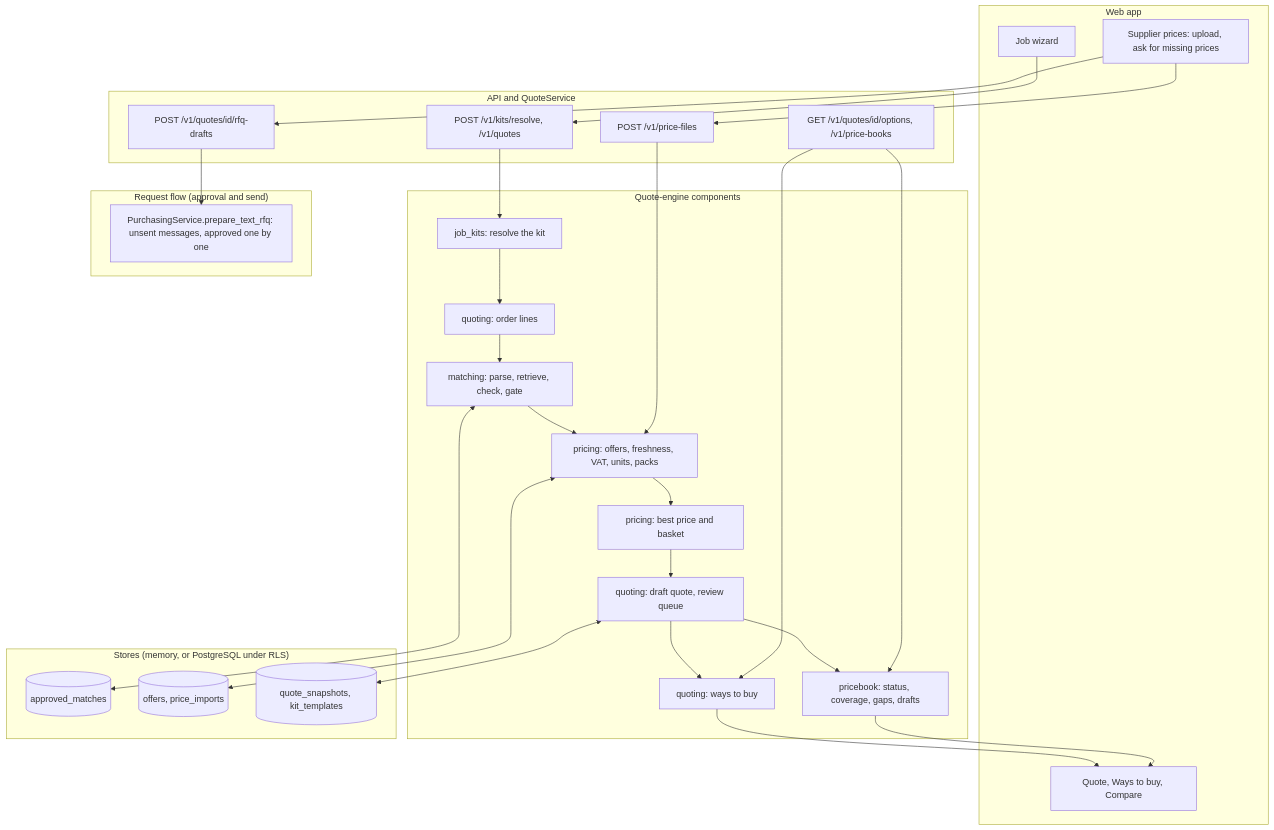
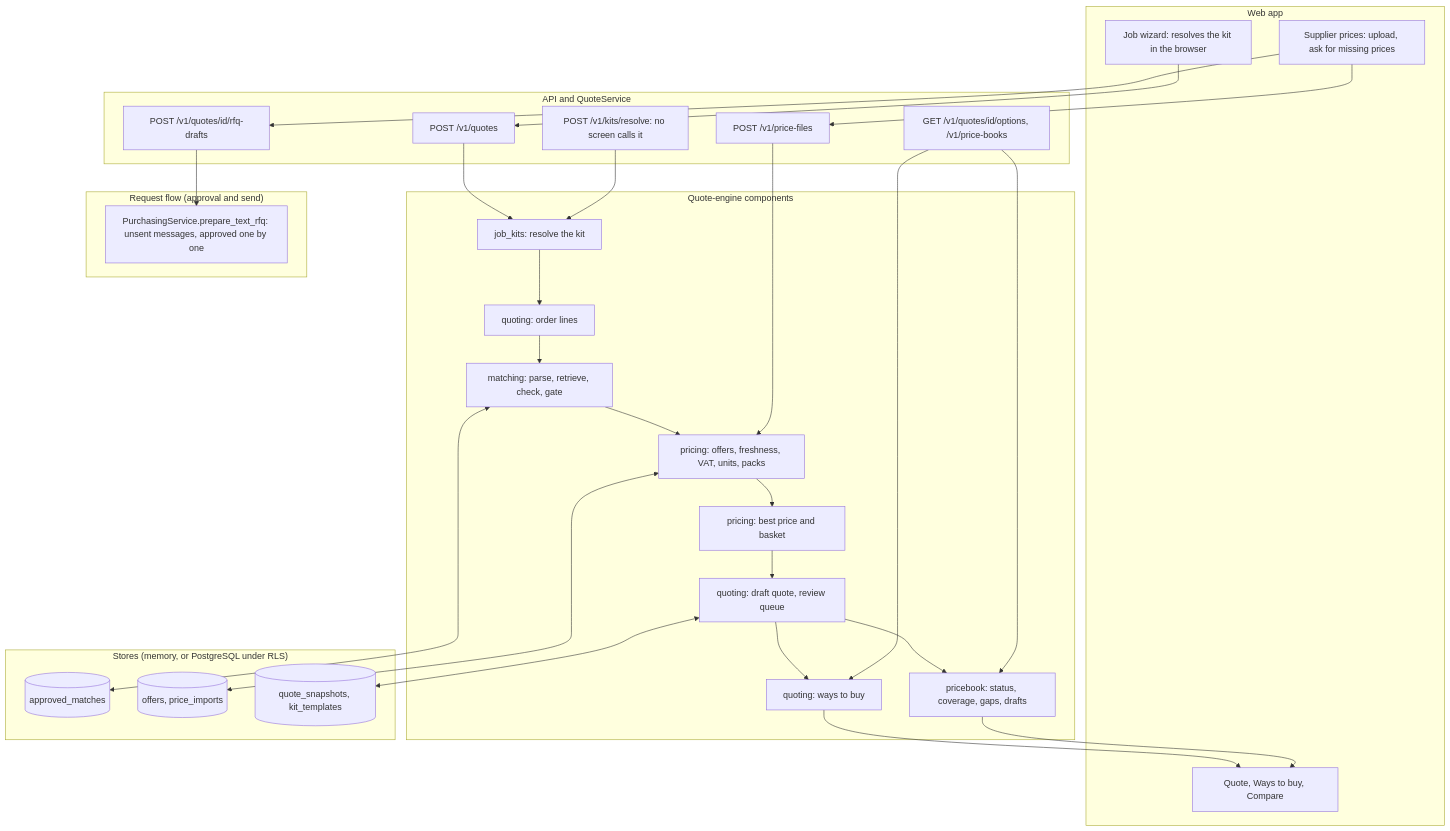
Before and after one commit to emre-akarsu/ai-commerce-ideas: the second of 2 diagrams in docs/architecture/current-modules.md, drawn with Mermaid. The commit also changed other lines of this file and 4 other files, not shown here.

First line of the commit message:
docs: known-gaps rows 20 to 39 and the architecture and MVP notes corrected against the code

````diff
--- a/docs/architecture/current-modules.md
+++ b/docs/architecture/current-modules.md
@@ -105,45 +105,47 @@
 ```mermaid
 flowchart TB
   subgraph Web["Web app"]
-    w0["Job wizard"]
+    w0["Job wizard: resolves the kit in the browser"]
     w1["Supplier prices: upload, ask for missing prices"]
     w10["Quote, Ways to buy, Compare"]
   end
   subgraph API["API and QuoteService"]
-    a1["POST /v1/kits/resolve, /v1/quotes"]
+    a0["POST /v1/kits/resolve: no screen calls it"]
+    a1["POST /v1/quotes"]
     a2["GET /v1/quotes/id/options, /v1/price-books"]
     a3["POST /v1/price-files"]
     a4["POST /v1/quotes/id/rfq-drafts"]
   end
   subgraph Comp["Quote-engine components"]
     k1["job_kits: resolve the kit"]
     q2["quoting: order lines"]
     m3["matching: parse, retrieve, check, gate"]
     p4["pricing: offers, freshness, VAT, units, packs"]
     p5["pricing: best price and basket"]
     q6["quoting: draft quote, review queue"]
     o7["quoting: ways to buy"]
     b8["pricebook: status, coverage, gaps, drafts"]
   end
   subgraph Data["Stores (memory, or PostgreSQL under RLS)"]
     d3[("approved_matches")]
     d4[("offers, price_imports")]
     d5[("quote_snapshots, kit_templates")]
   end
   subgraph Flow["Request flow (approval and send)"]
     r8["PurchasingService.prepare_text_rfq: unsent messages, approved one by one"]
   end
   w0 --> a1 --> k1 --> q2 --> m3
+  a0 --> k1
   m3 <--> d3
   m3 --> p4
   w1 --> a3 --> p4
   p4 <--> d4
   p4 --> p5 --> q6 --> o7
   q6 <--> d5
   q6 --> b8
   a2 --> o7
   a2 --> b8
   o7 --> w10
   b8 --> w10
   w1 --> a4 --> r8
 ```
````
